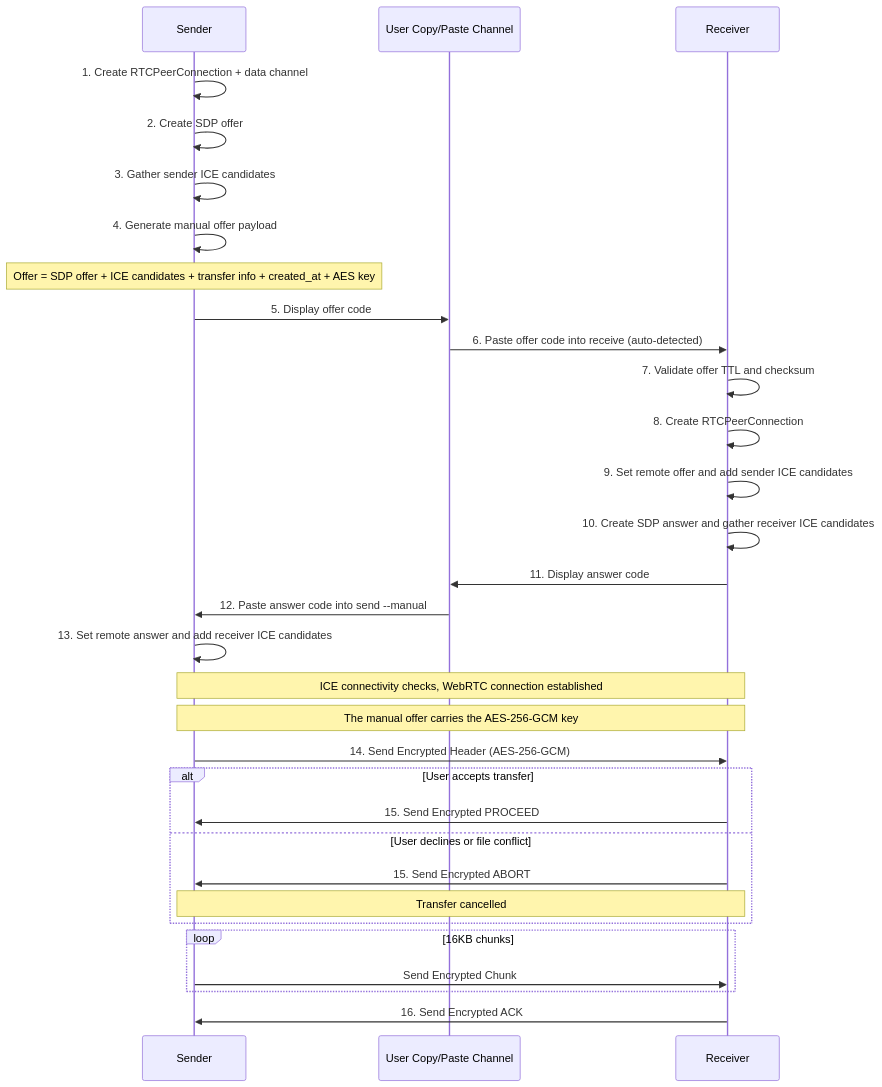
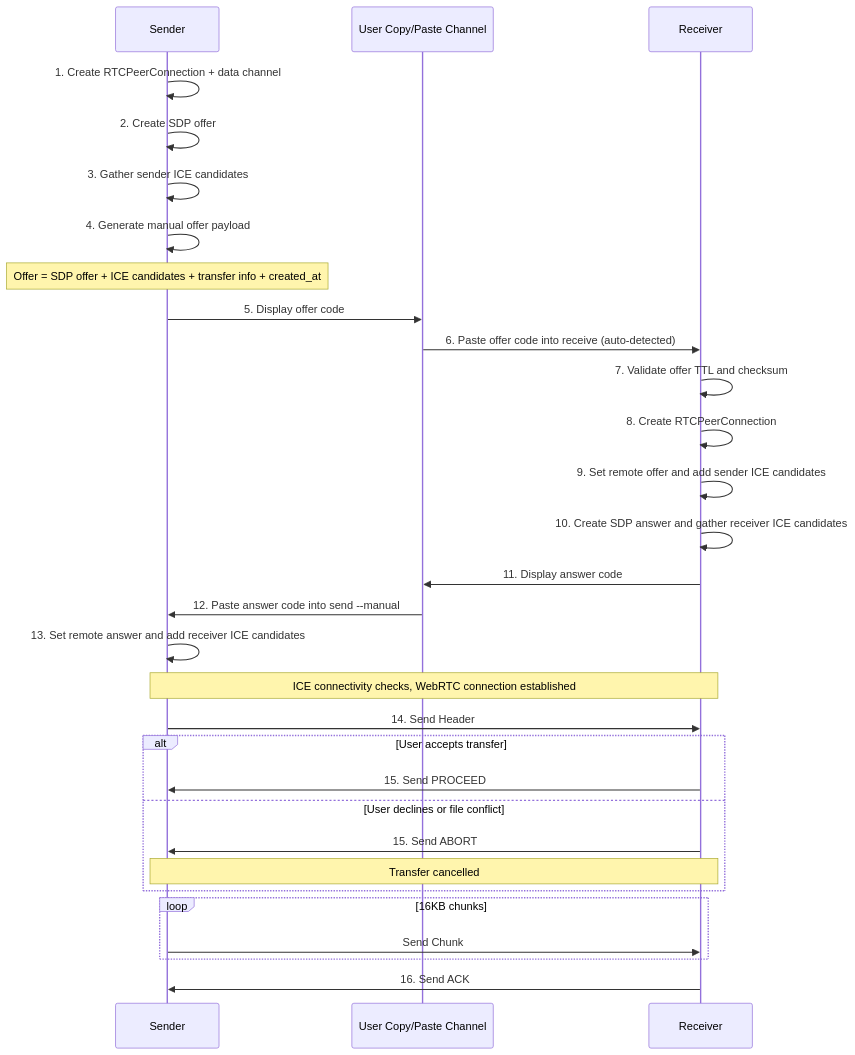
The second of 2 diagrams in docs/ARCHITECTURE.md (andrewtheguy/secure-send-cli), drawn with Mermaid before and after one commit. The commit also changed other lines of this file and 18 other files, not shown here.

First line of the commit message:
Refactor WebRTC transfer to remove encryption key handling

````diff
--- a/docs/ARCHITECTURE.md
+++ b/docs/ARCHITECTURE.md
@@ -79,42 +78,40 @@
 ```mermaid
 sequenceDiagram
     participant Sender
     participant User as User Copy/Paste Channel
     participant Receiver
 
     Sender->>Sender: 1. Create RTCPeerConnection + data channel
     Sender->>Sender: 2. Create SDP offer
     Sender->>Sender: 3. Gather sender ICE candidates
     Sender->>Sender: 4. Generate manual offer payload
-    Note over Sender: Offer = SDP offer + ICE candidates + transfer info + created_at + AES key
+    Note over Sender: Offer = SDP offer + ICE candidates + transfer info + created_at
 
     Sender->>User: 5. Display offer code
     User->>Receiver: 6. Paste offer code into receive (auto-detected)
 
     Receiver->>Receiver: 7. Validate offer TTL and checksum
     Receiver->>Receiver: 8. Create RTCPeerConnection
     Receiver->>Receiver: 9. Set remote offer and add sender ICE candidates
     Receiver->>Receiver: 10. Create SDP answer and gather receiver ICE candidates
 
     Receiver->>User: 11. Display answer code
     User->>Sender: 12. Paste answer code into send --manual
 
     Sender->>Sender: 13. Set remote answer and add receiver ICE candidates
 
     Note over Sender,Receiver: ICE connectivity checks, WebRTC connection established
-    Note over Sender,Receiver: The manual offer carries the AES-256-GCM key
-
-    Sender->>Receiver: 14. Send Encrypted Header (AES-256-GCM)
+    Sender->>Receiver: 14. Send Header
     alt User accepts transfer
-        Receiver->>Sender: 15. Send Encrypted PROCEED
+        Receiver->>Sender: 15. Send PROCEED
     else User declines or file conflict
-        Receiver->>Sender: 15. Send Encrypted ABORT
+        Receiver->>Sender: 15. Send ABORT
         Note over Sender,Receiver: Transfer cancelled
     end
 
     loop 16KB chunks
-        Sender->>Receiver: Send Encrypted Chunk
+        Sender->>Receiver: Send Chunk
     end
 
-    Receiver->>Sender: 16. Send Encrypted ACK
+    Receiver->>Sender: 16. Send ACK
 ```
````
